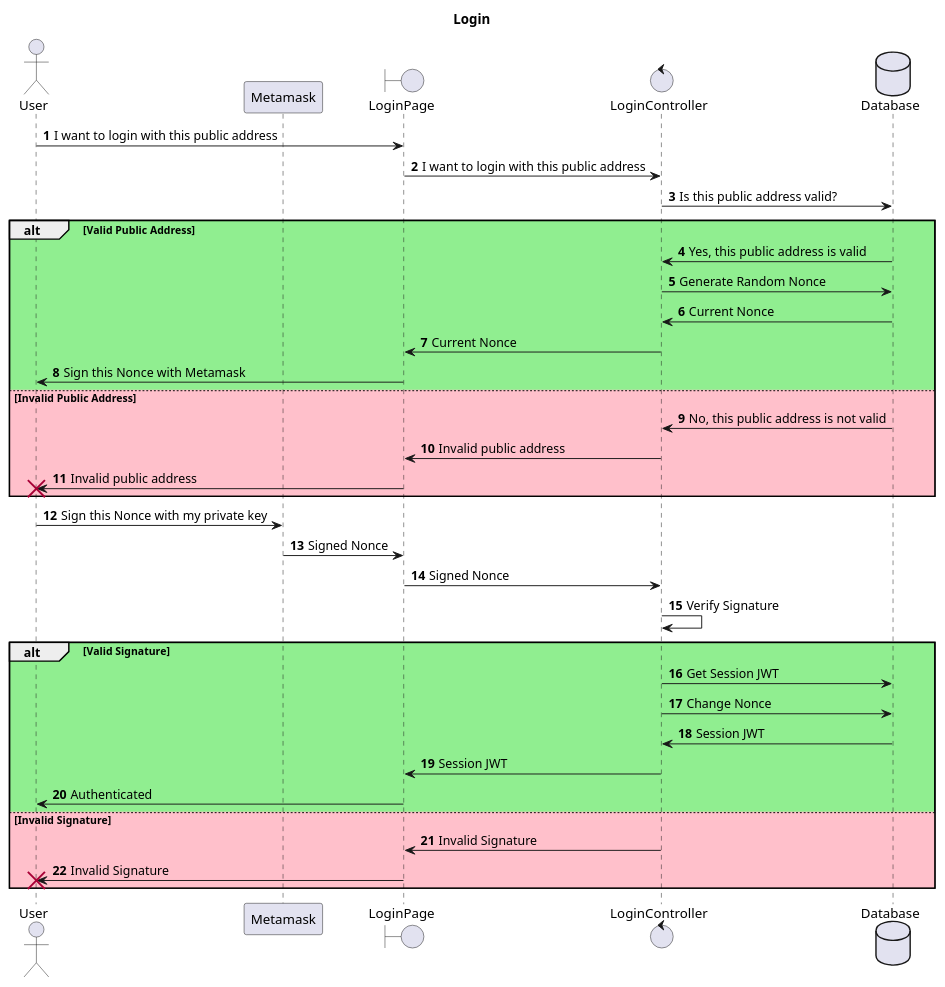
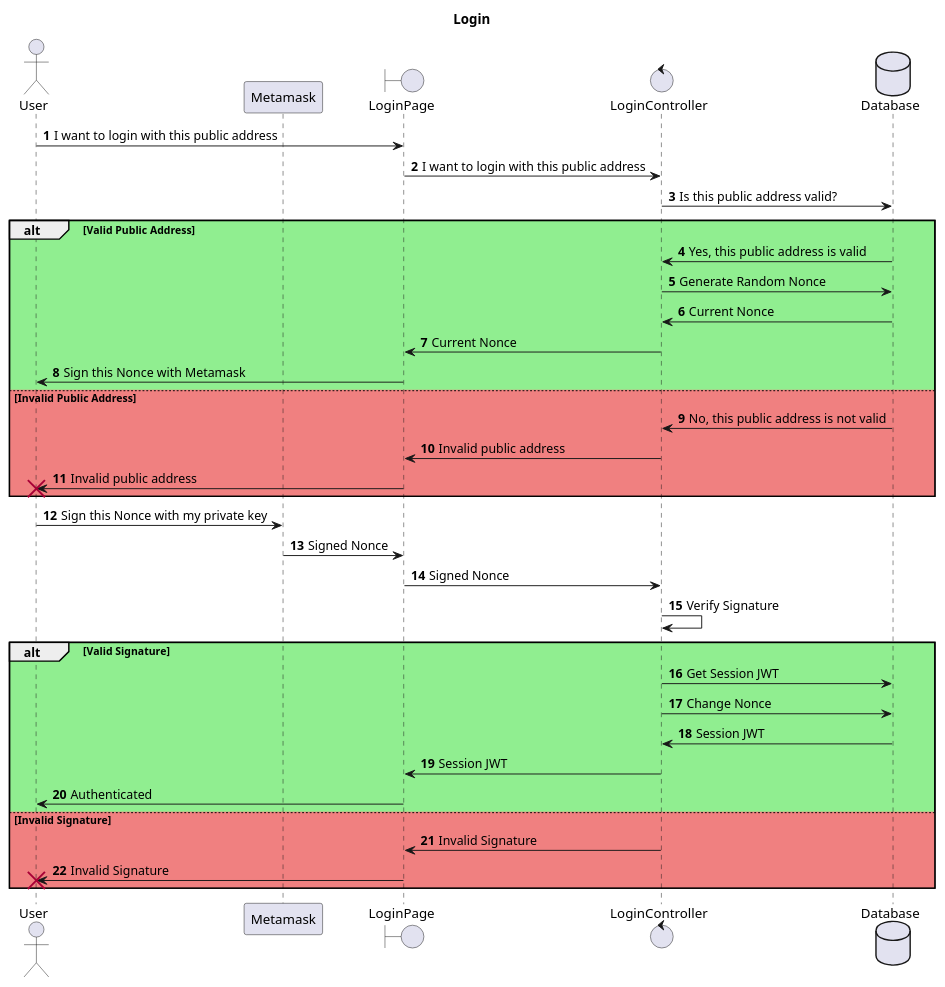
The diagram in uml/Login.puml (CUPChain/webapp), drawn with PlantUML before and after one commit. The commit also changed 8 other files, not shown here.

Commit message:
more uml

```diff
--- a/uml/Login.puml
+++ b/uml/Login.puml
@@ -1,53 +1,53 @@
 @startuml Login
 title Login
 autonumber
 
 actor User
 participant Metamask
 boundary LoginPage
 control LoginController
 database Database
 
 
 User -> LoginPage : I want to login with this public address
 LoginPage -> LoginController : I want to login with this public address
 LoginController -> Database : Is this public address valid?
 
 alt #LightGreen Valid Public Address
 
 Database -> LoginController : Yes, this public address is valid
 LoginController -> Database : Generate Random Nonce
 Database -> LoginController : Current Nonce
 LoginController -> LoginPage : Current Nonce
 LoginPage -> User : Sign this Nonce with Metamask
 
-else #Pink Invalid Public Address
+else #LightCoral Invalid Public Address
 
 Database -> LoginController : No, this public address is not valid
 LoginController -> LoginPage : Invalid public address 
 LoginPage -> User !! : Invalid public address
 
 end
 
 User -> Metamask : Sign this Nonce with my private key
 Metamask -> LoginPage : Signed Nonce
 LoginPage -> LoginController : Signed Nonce
 LoginController -> LoginController : Verify Signature
 
 alt #LightGreen Valid Signature
 
 LoginController -> Database : Get Session JWT
 LoginController -> Database : Change Nonce
 Database -> LoginController : Session JWT
 LoginController -> LoginPage : Session JWT
 LoginPage -> User : Authenticated
 
-else #Pink Invalid Signature
+else #LightCoral Invalid Signature
 
 LoginController -> LoginPage : Invalid Signature
 LoginPage -> User !! : Invalid Signature
 
 end
 
 
 @enduml
```
